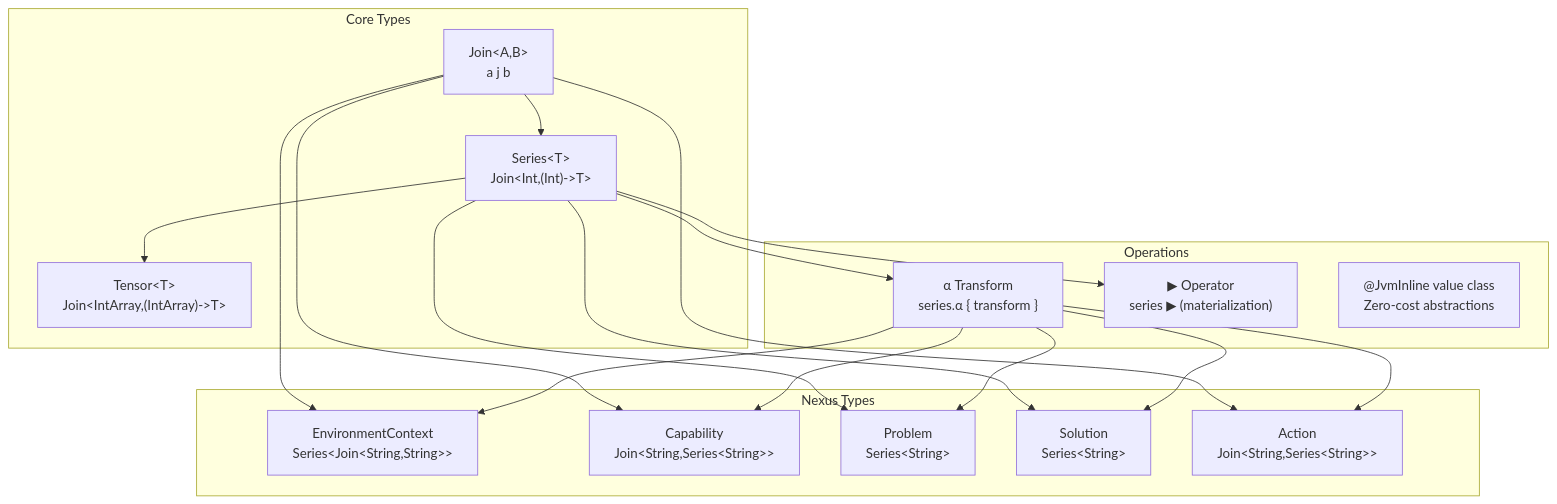
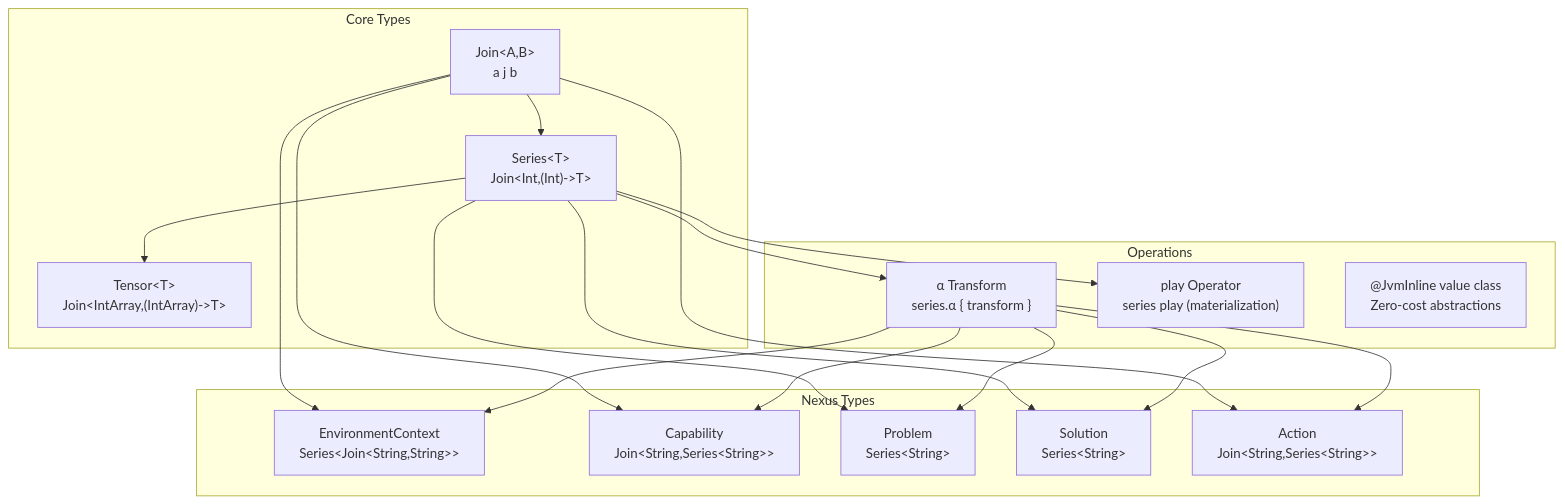
One commit to jnorthrup/superbikeshed changed the seventh of 7 diagrams in nexus_interaction_diagrams.md. Above: the diagram before and after it, drawn with Mermaid. The commit also changed other lines of this file and 145 other files, not shown here.

````diff
--- a/nexus_interaction_diagrams.md
+++ b/nexus_interaction_diagrams.md
@@ -203,40 +203,40 @@
 ```mermaid
 graph TB
     subgraph "Core Types"
         JOIN["Join&lt;A,B&gt;<br/>a j b"]
         SERIES["Series&lt;T&gt;<br/>Join&lt;Int,(Int)-&gt;T&gt;"]
         TENSOR["Tensor&lt;T&gt;<br/>Join&lt;IntArray,(IntArray)-&gt;T&gt;"]
     end
     
     subgraph "Operations"
         ALPHA["α Transform<br/>series.α { transform }"]
-        PLAY["▶ Operator<br/>series ▶ (materialization)"]
+        PLAY["play Operator<br/>series play (materialization)"]
         INLINE["@JvmInline value class<br/>Zero-cost abstractions"]
     end
     
     subgraph "Nexus Types"
         ENV["EnvironmentContext<br/>Series&lt;Join&lt;String,String&gt;&gt;"]
         CAP["Capability<br/>Join&lt;String,Series&lt;String&gt;&gt;"]
         PROB["Problem<br/>Series&lt;String&gt;"]
         SOL["Solution<br/>Series&lt;String&gt;"]
         ACT["Action<br/>Join&lt;String,Series&lt;String&gt;&gt;"]
     end
     
     JOIN --> SERIES
     SERIES --> TENSOR
     
     SERIES --> ALPHA
     SERIES --> PLAY
     
     JOIN --> ENV
     JOIN --> CAP
     SERIES --> PROB
     SERIES --> SOL
     JOIN --> ACT
     
     ALPHA --> ENV
     ALPHA --> CAP
     ALPHA --> PROB
     ALPHA --> SOL
     ALPHA --> ACT
 ```
````
